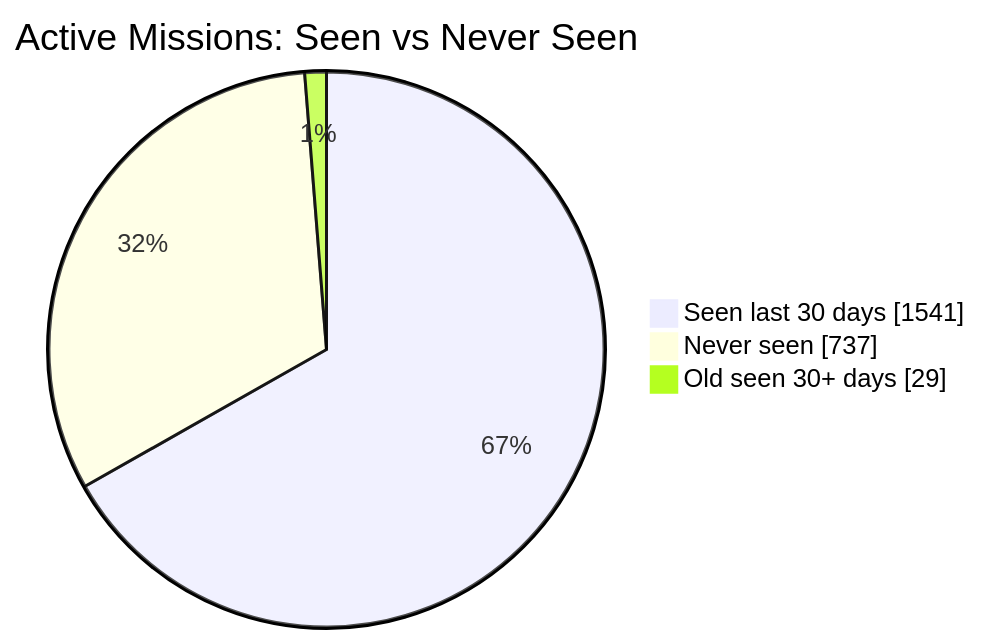
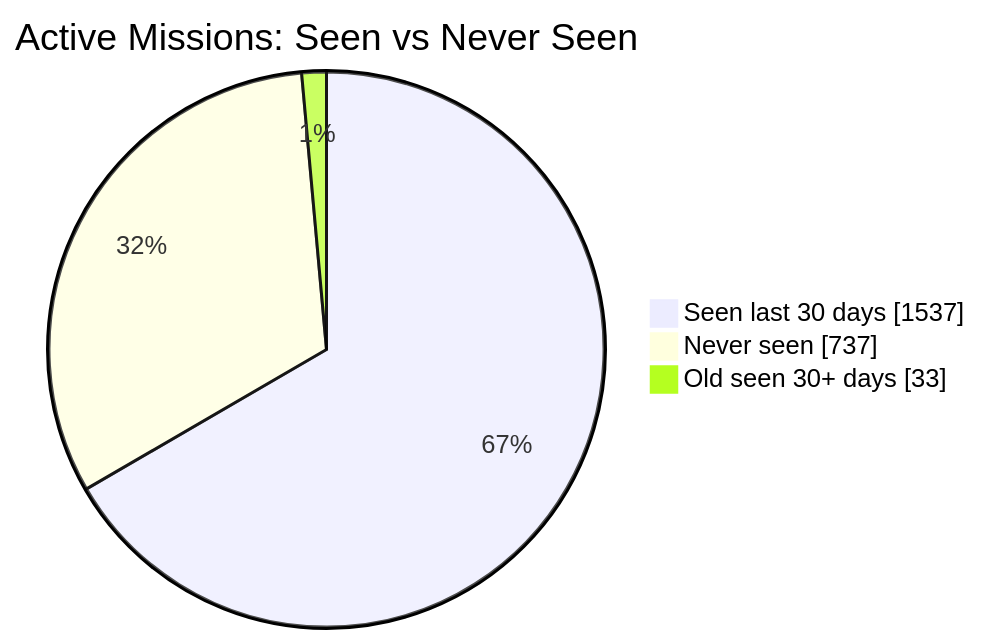
One commit to MeldkamerspelGameTeam/active-missions changed the first of 2 diagrams in README.md. Above: the diagram before and after it, drawn with Mermaid. The commit also changed other lines of this file and 2 other files, not shown here.

````diff
--- a/README.md
+++ b/README.md
@@ -34,7 +34,7 @@
 ```mermaid
 pie showData
     title Active Missions: Seen vs Never Seen
-    "Seen last 30 days" : 1541
+    "Seen last 30 days" : 1537
     "Never seen" : 737
-    "Old seen 30+ days" : 29
+    "Old seen 30+ days" : 33
 ```
````
